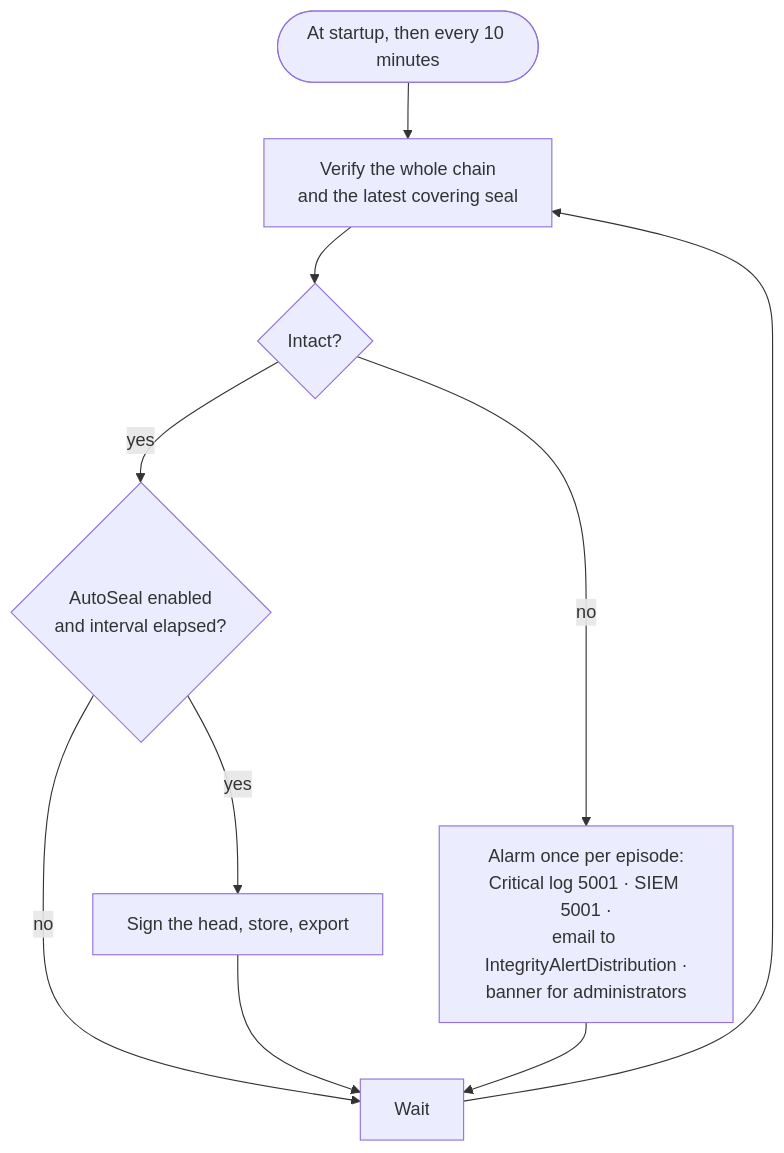
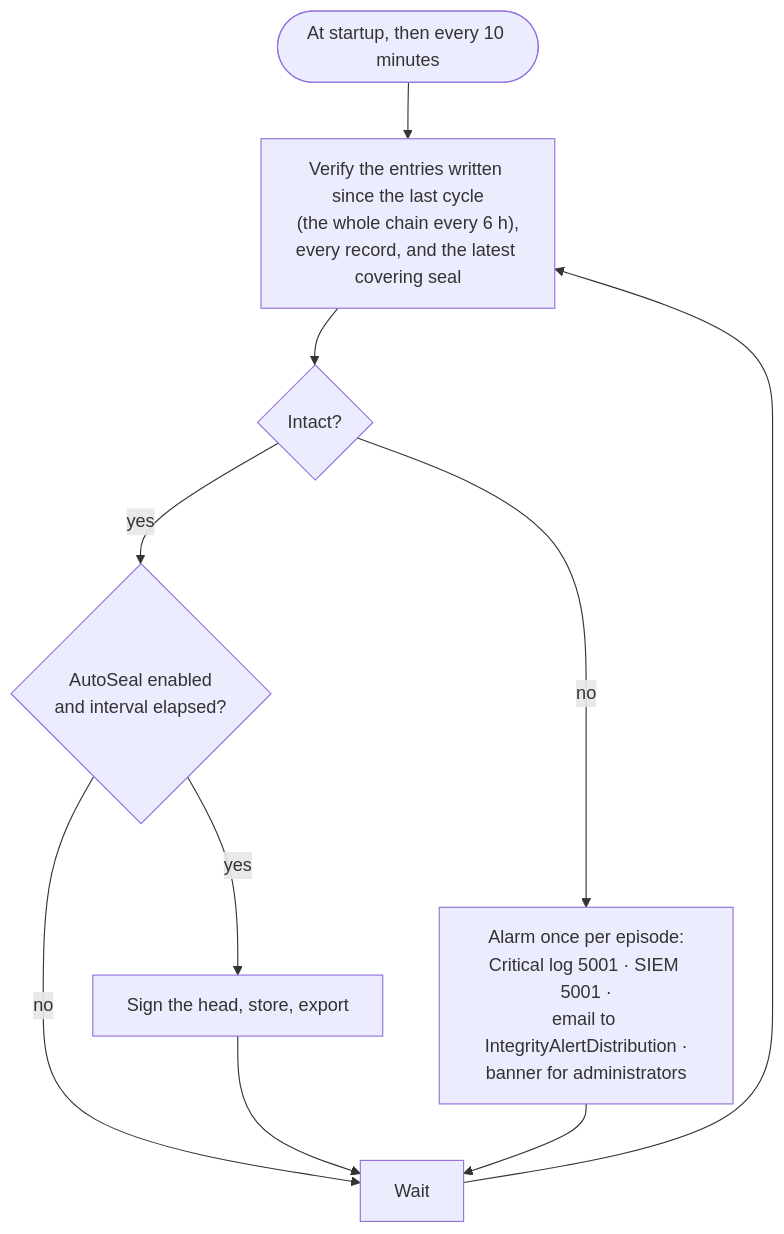
One commit to jashley92/CaseBook changed the second of 2 diagrams in docs/architecture/integrity.md. Above: the diagram before and after it, drawn with Mermaid. The commit also changed other lines of this file and 13 other files, not shown here.

First line of the commit message:
The integrity monitor carries on between cycles, re-hashing the whole chain every 6 hours (BUG-257)

````diff
--- a/docs/architecture/integrity.md
+++ b/docs/architecture/integrity.md
@@ -102,12 +102,12 @@
 ```mermaid
 flowchart TB
-    Start(["At startup, then every 10 minutes"]) --> V["Verify the whole chain<br/>and the latest covering seal"]
+    Start(["At startup, then every 10 minutes"]) --> V["Verify the entries written since the last cycle<br/>(the whole chain every 6 h),<br/>every record, and the latest covering seal"]
     V --> C{"Intact?"}
     C -- "no" --> Alarm["Alarm once per episode:<br/>Critical log 5001 · SIEM 5001 ·<br/>email to IntegrityAlertDistribution ·<br/>banner for administrators"]
     C -- "yes" --> En{"AutoSeal enabled<br/>and interval elapsed?"}
     En -- "yes" --> Seal["Sign the head, store, export"]
     En -- "no" --> Wait
     Seal --> Wait["Wait"]
     Alarm --> Wait
     Wait --> V
 ```
````
